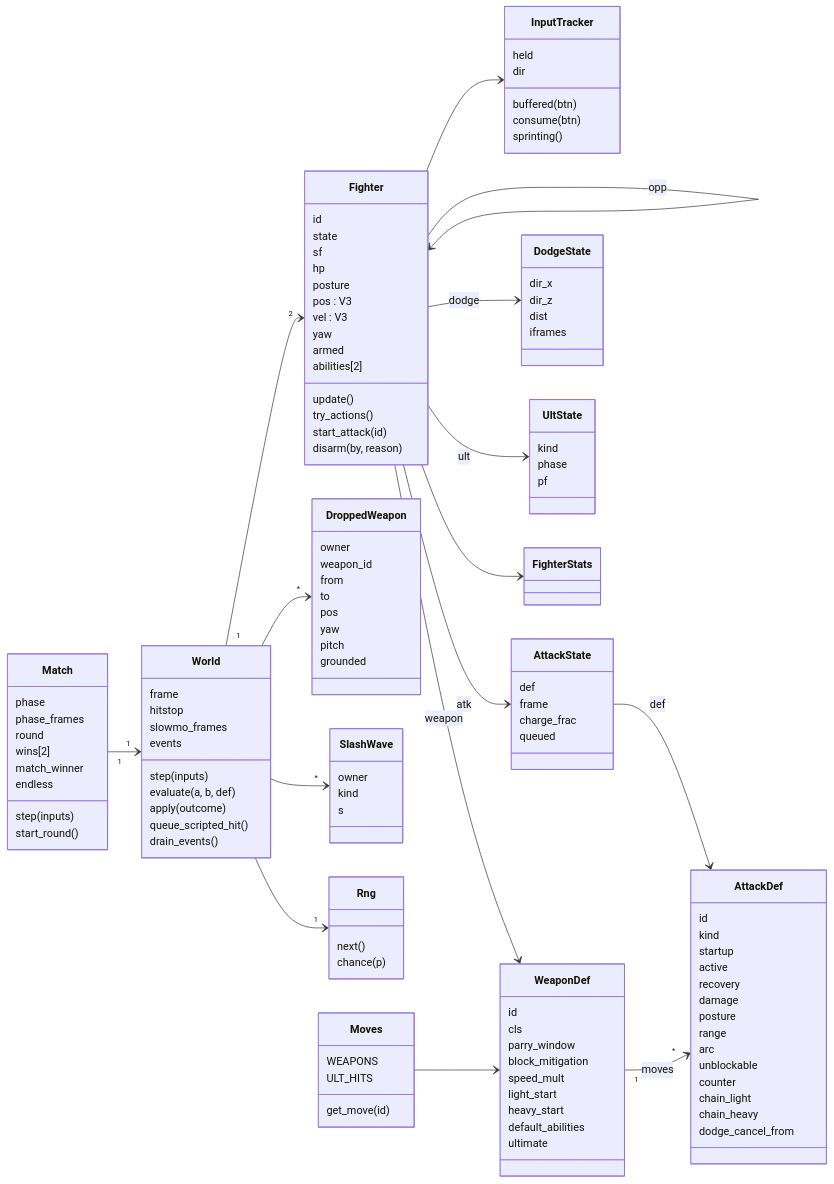
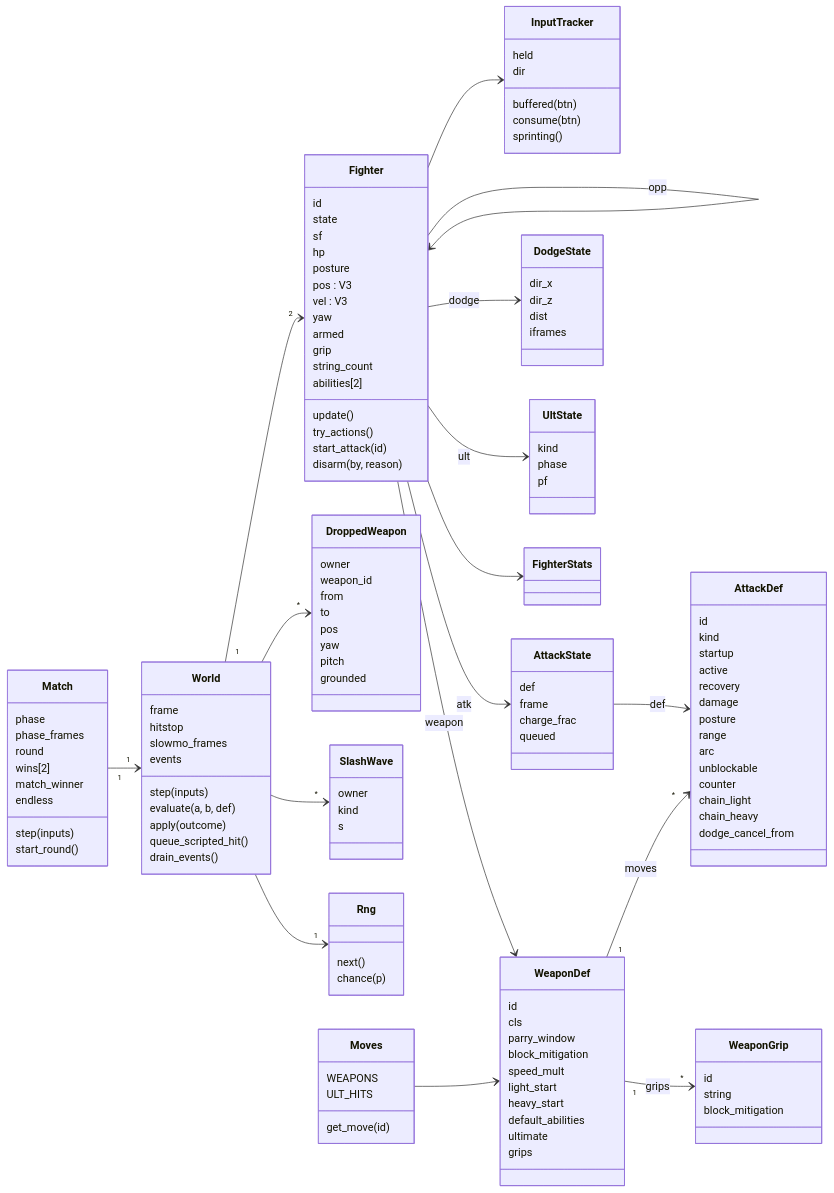
The sixth of 22 diagrams in docs/architecture.md (Arod231/monomachia), drawn with Mermaid before and after one commit. The commit also changed 18 other files, not shown here.

````diff
--- a/docs/architecture.md
+++ b/docs/architecture.md
@@ -314,6 +314,8 @@
         vel : V3
         yaw
         armed
+        grip
+        string_count
         abilities[2]
         update()
         try_actions()
@@ -337,6 +339,12 @@
         heavy_start
         default_abilities
         ultimate
+        grips
+    }
+    class WeaponGrip {
+        id
+        string
+        block_mitigation
     }
     class AttackDef {
         id
@@ -411,5 +419,6 @@
     Fighter --> FighterStats
     AttackState --> AttackDef : def
     WeaponDef "1" --> "*" AttackDef : moves
+    WeaponDef "1" --> "*" WeaponGrip : grips
     Moves --> WeaponDef
 ```
````
